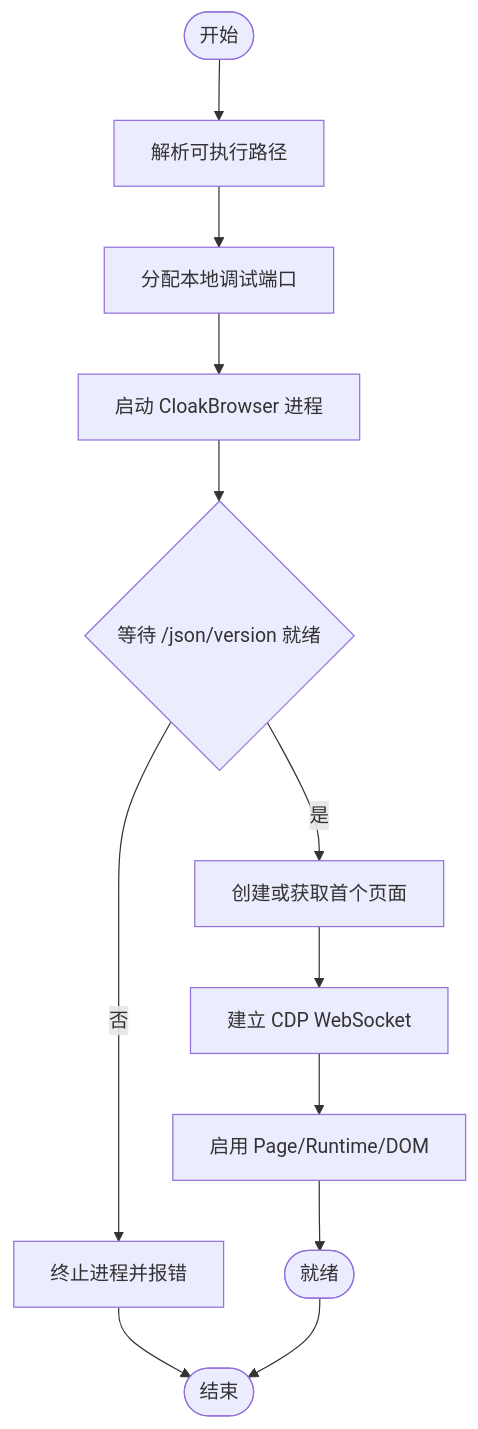
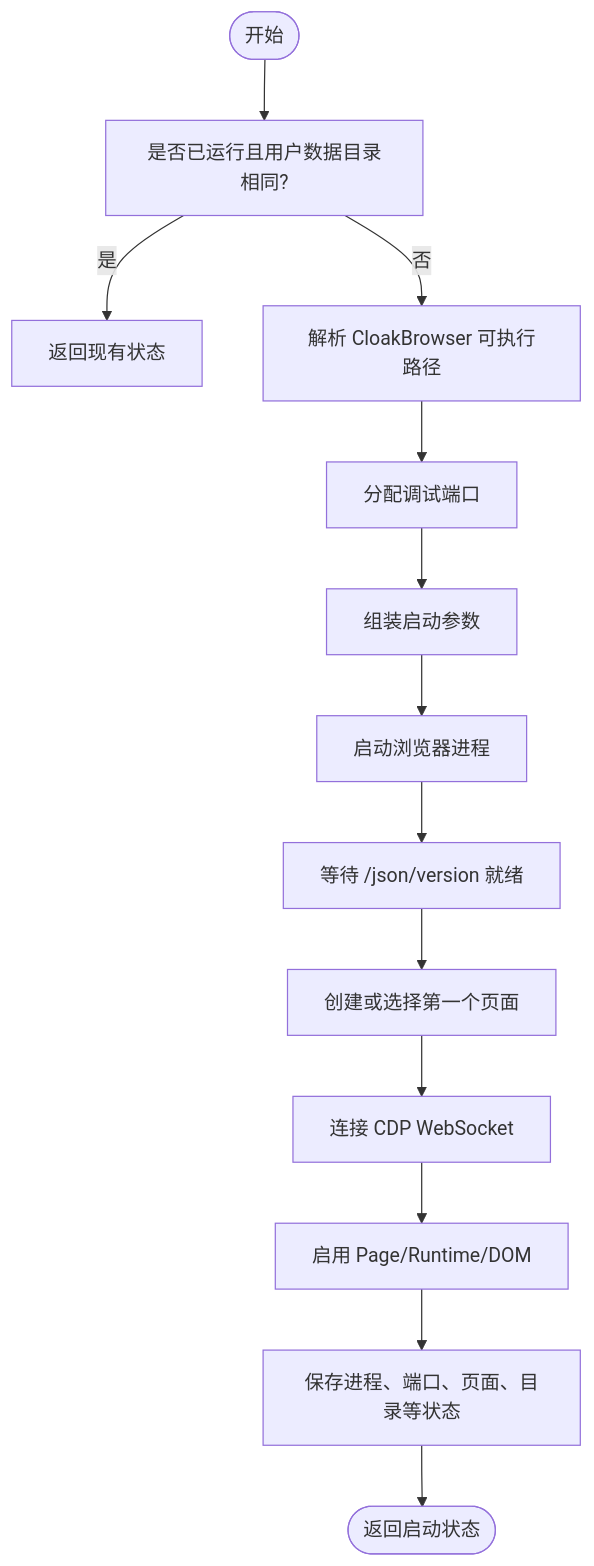
Before and after one commit to alvinwangzi/goodhr: the fourth of 13 diagrams in .qoder/repowiki/zh/content/本地执行器/浏览器自动化/浏览器控制器/页面生命周期管理.md, drawn with Mermaid. The commit also changed other lines of this file and 149 other files, not shown here.

````diff
--- a/.qoder/repowiki/zh/content/本地执行器/浏览器自动化/浏览器控制器/页面生命周期管理.md
+++ b/.qoder/repowiki/zh/content/本地执行器/浏览器自动化/浏览器控制器/页面生命周期管理.md
@@ -128,14 +173,15 @@
 ```mermaid
 flowchart TD
-Start(["开始"]) --> Resolve["解析可执行路径"]
-Resolve --> Port["分配本地调试端口"]
-Port --> Launch["启动 CloakBrowser 进程"]
-Launch --> WaitDevTools{"等待 /json/version 就绪"}
-WaitDevTools --> |是| CreatePage["创建或获取首个页面"]
-WaitDevTools --> |否| Kill["终止进程并报错"]
-CreatePage --> DialCDP["建立 CDP WebSocket"]
-DialCDP --> EnableAPIs["启用 Page/Runtime/DOM"]
-EnableAPIs --> Ready(["就绪"])
-Kill --> End(["结束"])
-Ready --> End
+Start(["开始"]) --> CheckRunning["是否已运行且用户数据目录相同?"]
+CheckRunning --> |是| ReturnExisting["返回现有状态"]
+CheckRunning --> |否| ResolveExecutable["解析 CloakBrowser 可执行路径"]
+ResolveExecutable --> Port["分配调试端口"]
+Port --> Args["组装启动参数"]
+Args --> Launch["启动浏览器进程"]
+Launch --> WaitVersion["等待 /json/version 就绪"]
+WaitVersion --> CreatePage["创建或选择第一个页面"]
+CreatePage --> DialCDP["连接 CDP WebSocket"]
+DialCDP --> EnableFeatures["启用 Page/Runtime/DOM"]
+EnableFeatures --> SaveState["保存进程、端口、页面、目录等状态"]
+SaveState --> Done(["返回启动状态"])
 ```
````
